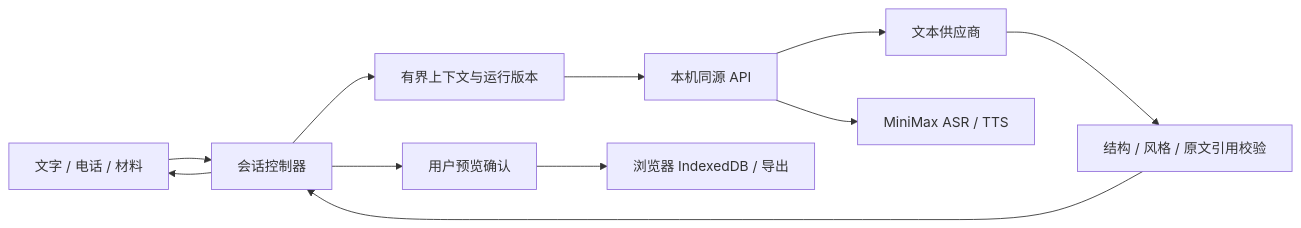
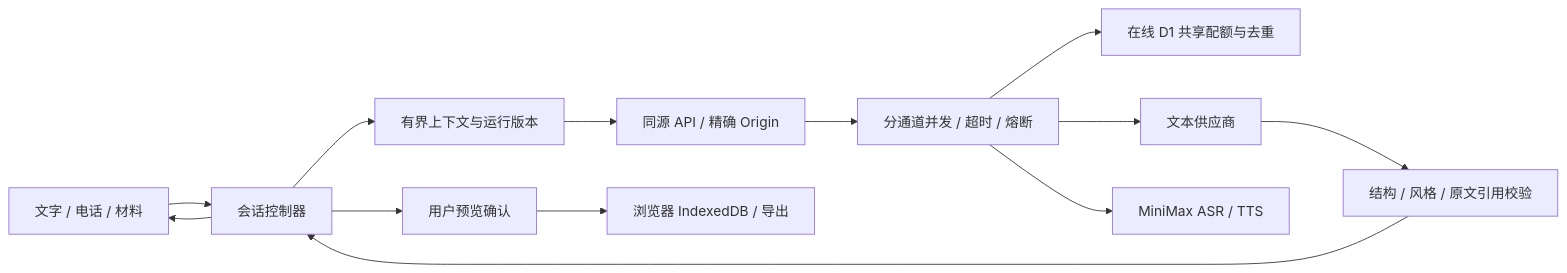
Before and after one commit to ZJUZhiyuCai/bread-companion: the diagram in README.md, drawn with Mermaid. The commit also changed other lines of this file and 155 other files, not shown here.

````diff
--- a/README.md
+++ b/README.md
@@ -102,13 +105,15 @@
 ```mermaid
 flowchart LR
   UI[文字 / 电话 / 材料] --> C[会话控制器]
   C --> H[有界上下文与运行版本]
-  H --> API[本机同源 API]
-  API --> LLM[文本供应商]
-  API --> Speech[MiniMax ASR / TTS]
+  H --> API[同源 API / 精确 Origin]
+  API --> Guard[分通道并发 / 超时 / 熔断]
+  Guard --> Budget[在线 D1 共享配额与去重]
+  Guard --> LLM[文本供应商]
+  Guard --> Speech[MiniMax ASR / TTS]
   LLM --> V[结构 / 风格 / 原文引用校验]
   V --> C
   C --> UI
   C --> Preview[用户预览确认]
   Preview --> Store[浏览器 IndexedDB / 导出]
 ```
````
